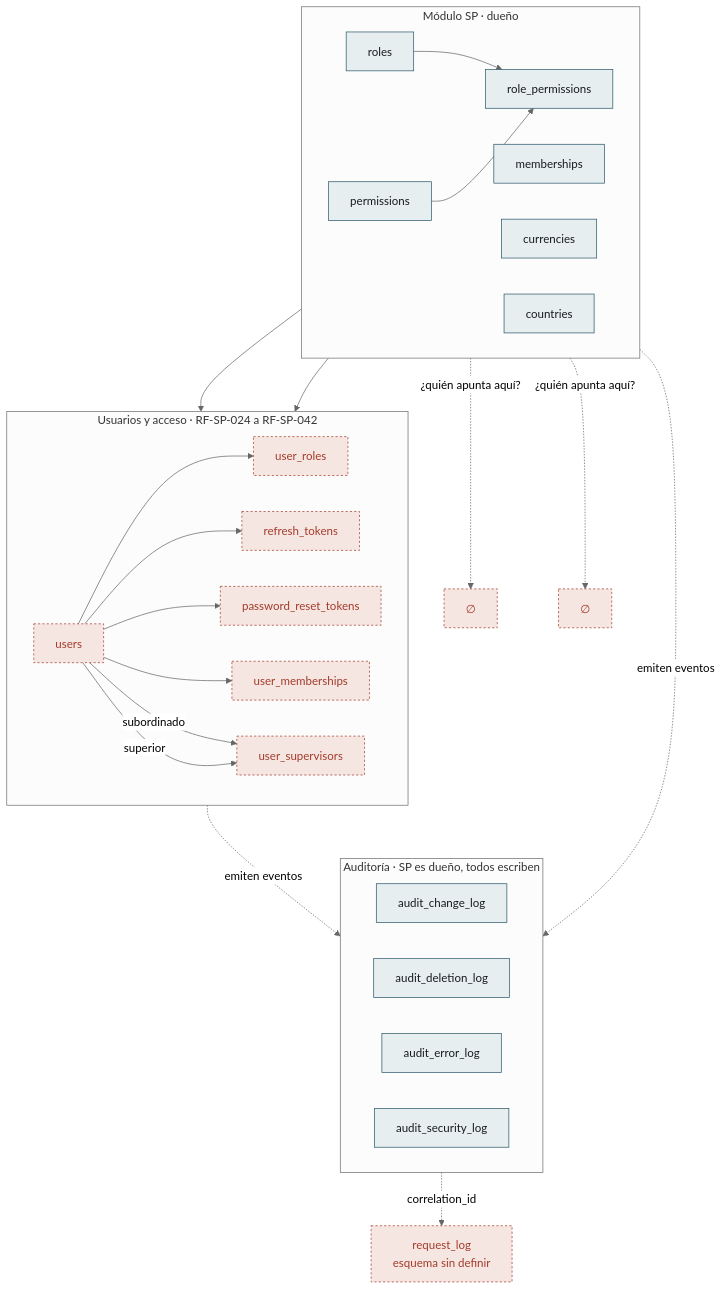
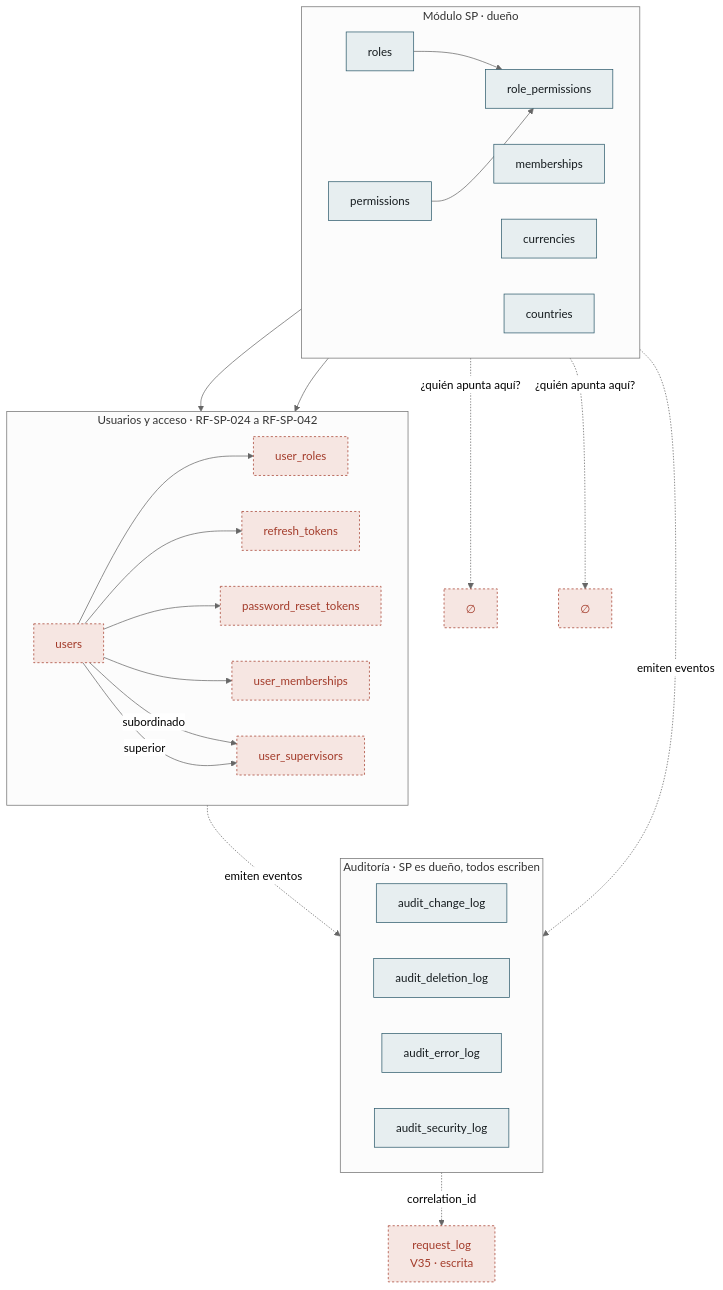
Before and after one commit to NexusPro-Dev/backend: the fourth of 4 diagrams in docs/modelo-datos.md, drawn with Mermaid (neutral theme). The commit also changed other lines of this file and 10 other files, not shown here.

First line of the commit message:
feat(obs): registrar toda peticion en request_log y blindar los permisos por endpoint

````diff
--- a/docs/modelo-datos.md
+++ b/docs/modelo-datos.md
@@ -300,54 +310,54 @@
 ```mermaid
 flowchart TB
     subgraph SP["Módulo SP · dueño"]
         direction LR
         A1["roles"]
         A2["permissions"]
         A3["role_permissions"]
         A4["memberships"]
         A5["currencies"]
         A6["countries"]
     end
 
     subgraph AUD["Auditoría · SP es dueño, todos escriben"]
         direction LR
         B1["audit_change_log"]
         B2["audit_deletion_log"]
         B3["audit_error_log"]
         B4["audit_security_log"]
     end
 
     subgraph USRS["Usuarios y acceso · RF-SP-024 a RF-SP-042"]
         direction LR
         C1["users"]
         C2["user_roles"]
         C3["refresh_tokens"]
         C4["user_supervisors"]
         C5["password_reset_tokens"]
         C6["user_memberships"]
     end
 
-    OBS["request_log<br/>esquema sin definir"]
+    OBS["request_log<br/>V35 · escrita"]
 
     A1 --> A3
     A2 --> A3
     C1 --> C2
     A1 --> C2
     C1 --> C3
     C1 --> C5
     C1 --> C6
     A4 --> C6
     C1 -->|"subordinado"| C4
     C1 -->|"superior"| C4
     SP -.->|"emiten eventos"| AUD
     USRS -.->|"emiten eventos"| AUD
     AUD -.->|"correlation_id"| OBS
 
     A5 -.->|"¿quién apunta aquí?"| Q2["∅"]
     A6 -.->|"¿quién apunta aquí?"| Q3["∅"]
 
     classDef sp fill:#e7eef0,stroke:#2d5a6b,color:#151b1e
     classDef pend fill:#f6e6e2,stroke:#a33b2a,stroke-dasharray:3 3,color:#a33b2a
     class A1,A2,A3,A4,A5,A6,B1,B2,B3,B4 sp
     class Q2,Q3,OBS,C1,C2,C3,C4,C5,C6 pend
 ```
````
